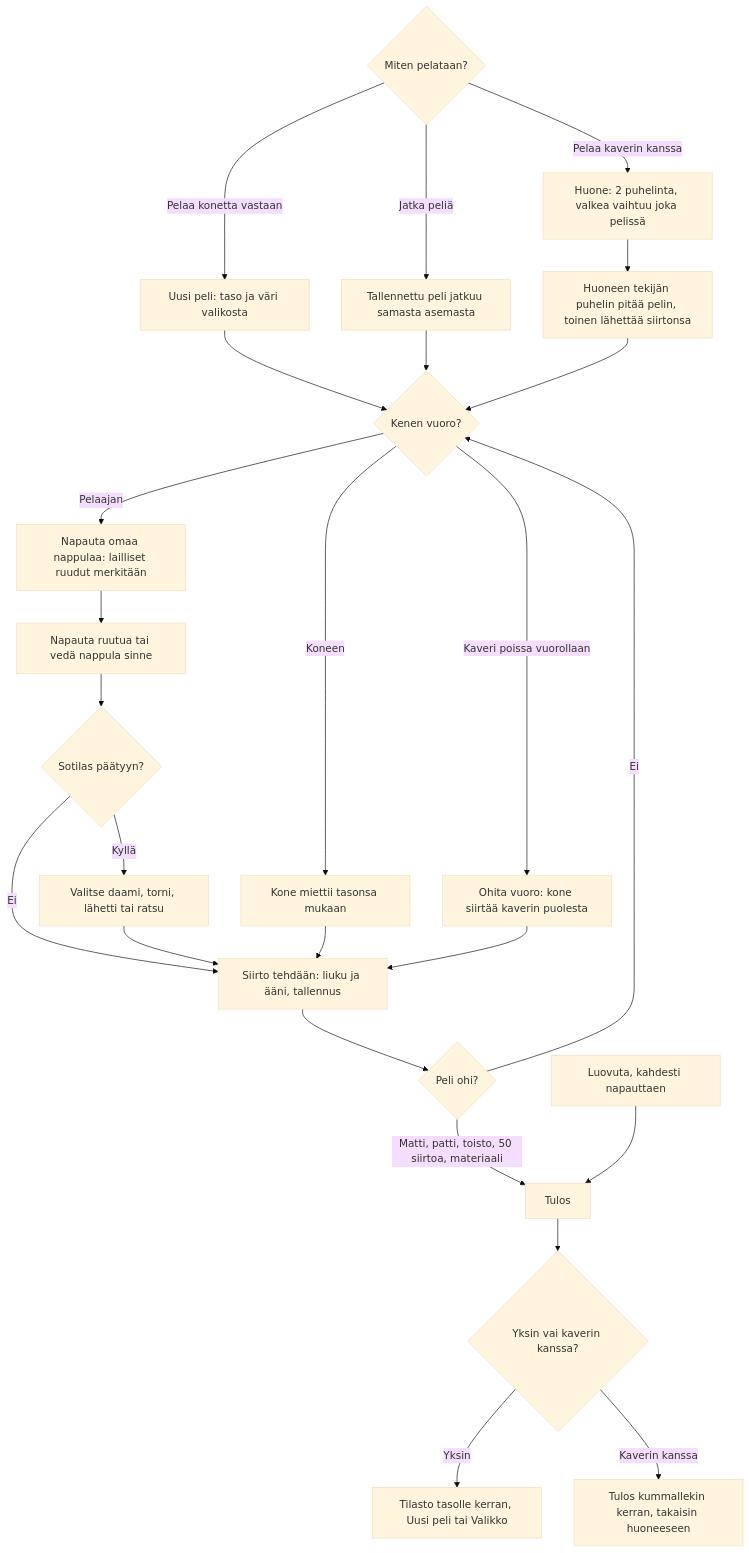
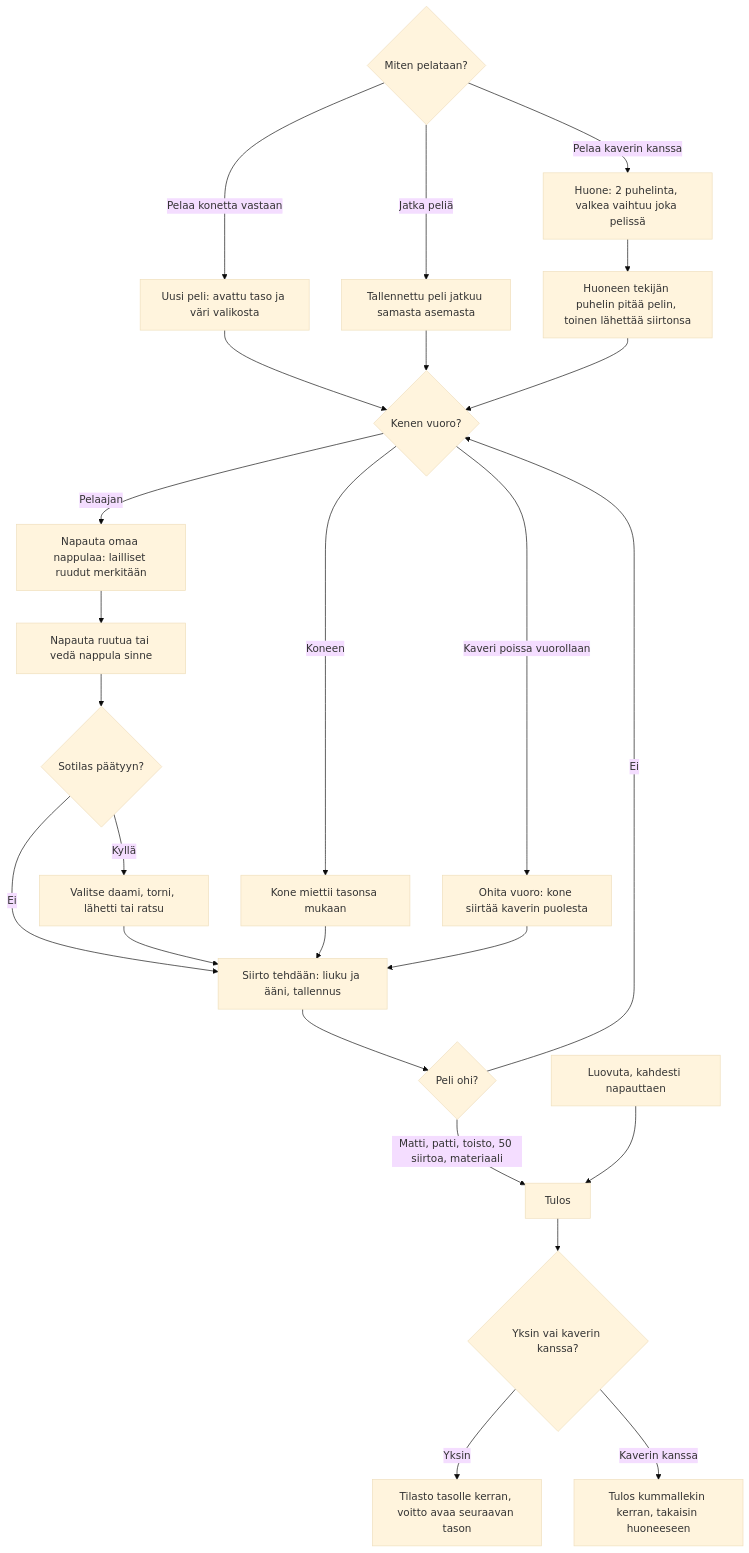
The diagram in docs/diagrams/shakki.md (eerovil/ai-pelit), drawn with Mermaid (base theme) before and after one commit. The commit also changed other lines of this file and 4 other files, not shown here.

````diff
--- a/docs/diagrams/shakki.md
+++ b/docs/diagrams/shakki.md
@@ -9,35 +9,35 @@
 ```mermaid
 flowchart TD
   S{Miten pelataan?}
-  S -- Pelaa konetta vastaan --> A[Uusi peli: taso ja väri valikosta]
+  S -- Pelaa konetta vastaan --> A[Uusi peli: avattu taso ja väri valikosta]
   S -- Jatka peliä --> A2[Tallennettu peli jatkuu samasta asemasta]
   S -- Pelaa kaverin kanssa --> R[Huone: 2 puhelinta, valkea vaihtuu joka pelissä]
   R --> R2[Huoneen tekijän puhelin pitää pelin, toinen lähettää siirtonsa]
   A --> B
   A2 --> B
   R2 --> B
   B{Kenen vuoro?}
   B -- Pelaajan --> C[Napauta omaa nappulaa: lailliset ruudut merkitään]
   C --> D[Napauta ruutua tai vedä nappula sinne]
   D --> P{Sotilas päätyyn?}
   P -- Kyllä --> P2[Valitse daami, torni, lähetti tai ratsu]
   P -- Ei --> M
   P2 --> M
   B -- Koneen --> K[Kone miettii tasonsa mukaan]
   K --> M
   B -- Kaveri poissa vuorollaan --> K2[Ohita vuoro: kone siirtää kaverin puolesta]
   K2 --> M
   M[Siirto tehdään: liuku ja ääni, tallennus] --> E{Peli ohi?}
   E -- Ei --> B
   E -- Matti, patti, toisto, 50 siirtoa, materiaali --> F[Tulos]
   L[Luovuta, kahdesti napauttaen] --> F
   F --> T{Yksin vai kaverin kanssa?}
-  T -- Yksin --> T1[Tilasto tasolle kerran, Uusi peli tai Valikko]
+  T -- Yksin --> T1[Tilasto tasolle kerran, voitto avaa seuraavan tason]
   T -- Kaverin kanssa --> T2[Tulos kummallekin kerran, takaisin huoneeseen]
   class R,R2,K2,T2 violet
   class S,B,P,E,T amber
   class A,A2,C,D,P2,M blue
   class K teal
   class F,T1 green
   class L rose
 ```
````
